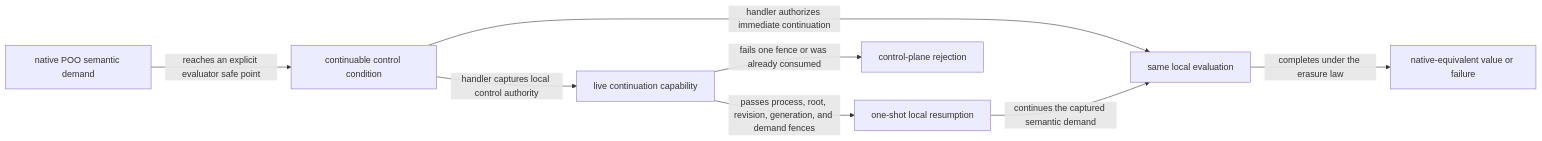
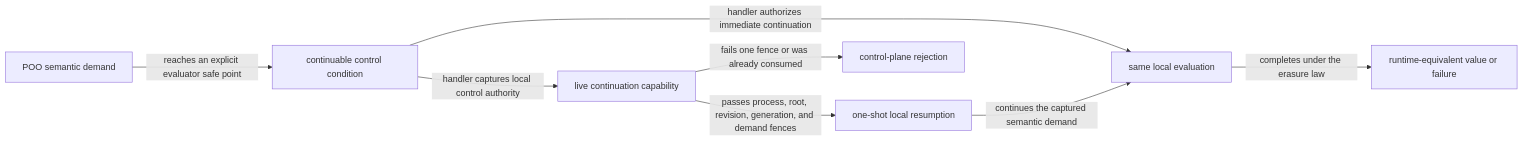
One commit to tao3k/gebril-yuanxu changed the first of 2 diagrams in module-system/design/45-87-live-continuation-capabilities-continuable-conditions-and-portable-suspension-boundary.org. Above: the diagram before and after it, drawn with Mermaid. The commit also changed other lines of this file and 1469 other files, not shown here.

```diff
--- a/module-system/design/45-87-live-continuation-capabilities-continuable-conditions-and-portable-suspension-boundary.org
+++ b/module-system/design/45-87-live-continuation-capabilities-continuable-conditions-and-portable-suspension-boundary.org
@@ -296,10 +296,10 @@
 #+begin_src mermaid
 flowchart LR
-    DEMAND["native POO semantic demand"] -->|"reaches an explicit evaluator safe point"| CONDITION["continuable control condition"]
+    DEMAND["POO semantic demand"] -->|"reaches an explicit evaluator safe point"| CONDITION["continuable control condition"]
     CONDITION -->|"handler authorizes immediate continuation"| RUN["same local evaluation"]
     CONDITION -->|"handler captures local control authority"| LIVE["live continuation capability"]
     LIVE -->|"passes process, root, revision, generation, and demand fences"| RESUME["one-shot local resumption"]
     RESUME -->|"continues the captured semantic demand"| RUN
     LIVE -->|"fails one fence or was already consumed"| REJECT["control-plane rejection"]
-    RUN -->|"completes under the erasure law"| RESULT["native-equivalent value or failure"]
+    RUN -->|"completes under the erasure law"| RESULT["runtime-equivalent value or failure"]
 #+end_src
```
